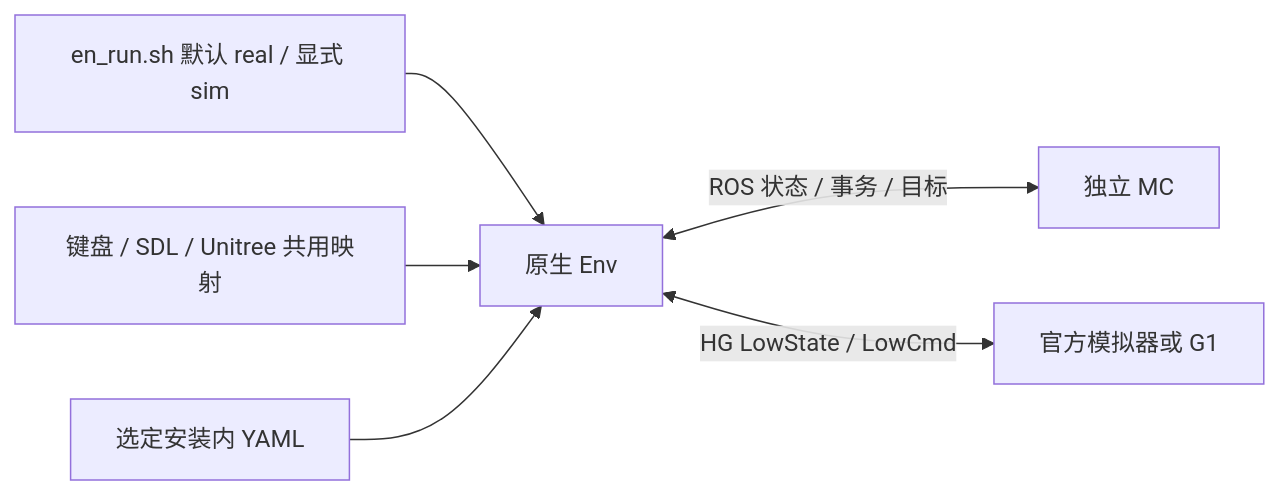
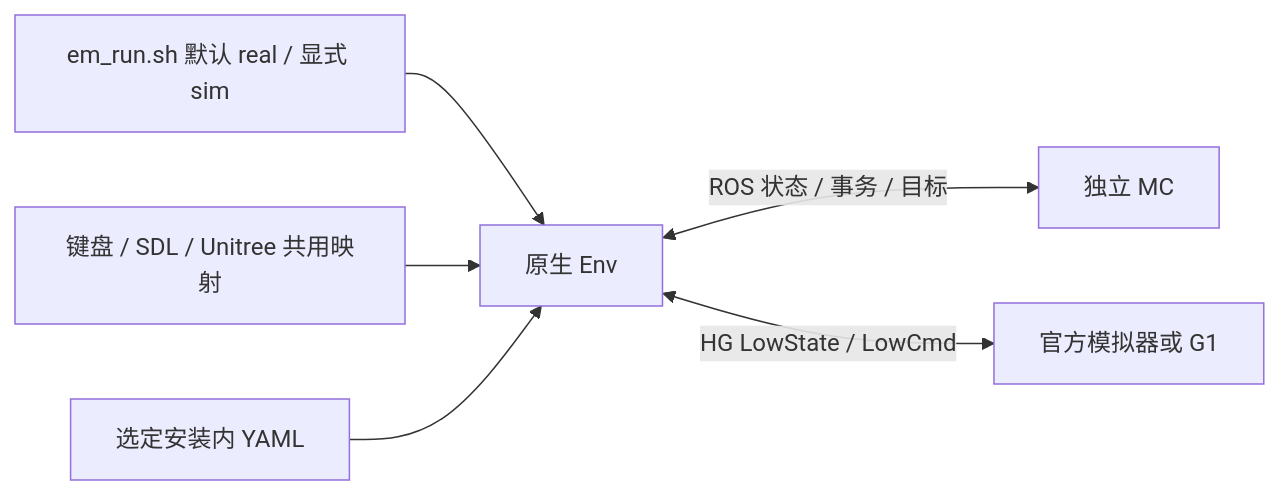
The diagram in README.md (zdYukino/anakin_env), drawn with Mermaid before and after one commit. The commit also changed other lines of this file and 9 other files, not shown here.

````diff
--- a/README.md
+++ b/README.md
@@ -31,8 +31,8 @@
 ```mermaid
 flowchart LR
-    Launch[en_run.sh 默认 real / 显式 sim] --> Native[原生 Env]
+    Launch[em_run.sh 默认 real / 显式 sim] --> Native[原生 Env]
     Inputs[键盘 / SDL / Unitree 共用映射] --> Native
     Config[选定安装内 YAML] --> Native
     Native <-->|ROS 状态 / 事务 / 目标| MC[独立 MC]
     Native <-->|HG LowState / LowCmd| Backend[官方模拟器或 G1]
 ```
````
